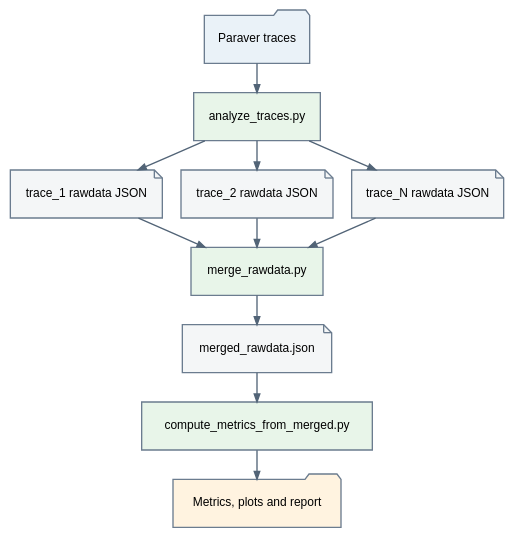
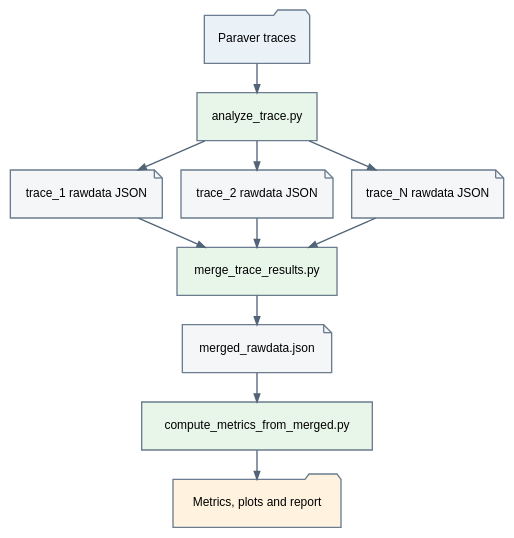
The diagram in doc/source/graphs/04_basic_analysis_workflow.dot (bsc-performance-tools/basicanalysis), drawn with Graphviz before and after one commit. The commit also changed 3 other files, not shown here.

```diff
--- a/doc/source/graphs/04_basic_analysis_workflow.dot
+++ b/doc/source/graphs/04_basic_analysis_workflow.dot
@@ -1,92 +1,92 @@
    digraph BasicAnalysisWorkflow {
        rankdir=TB;
 
       graph [
          bgcolor="transparent",
          nodesep=0.20,
          ranksep=0.30
       ];
 
       node [
          fontname="Helvetica",
          fontsize=9,
          margin="0.10,0.06",
          style="filled",
          color="#6B7C8F",
          penwidth=1.0
       ];
 
       edge [
          color="#526477",
          penwidth=1.0,
          arrowsize=0.6
       ];
 
        traces [
            label="Paraver traces",
            shape=folder,
            fillcolor="#EAF2F8"
        ];
 
        analyze [
-           label="analyze_traces.py",
+           label="analyze_trace.py",
            shape=box,
            fillcolor="#E8F5E9"
        ];
 
       raw1 [
          label="trace_1 rawdata JSON",
          shape=note,
          fillcolor="#F4F6F7"
       ];
 
       raw2 [
          label="trace_2 rawdata JSON",
          shape=note,
          fillcolor="#F4F6F7"
       ];
 
       rawn [
          label="trace_N rawdata JSON",
          shape=note,
          fillcolor="#F4F6F7"
       ];
 
        merge [
-           label="merge_rawdata.py",
+           label="merge_trace_results.py",
            shape=box,
            fillcolor="#E8F5E9"
        ];
 
        merged [
            label="merged_rawdata.json",
            shape=note,
            fillcolor="#F4F6F7"
        ];
 
        compute [
            label="compute_metrics_from_merged.py",
            shape=box,
            fillcolor="#E8F5E9"
        ];
 
        output [
            label="Metrics, plots and report",
            shape=folder,
            fillcolor="#FFF3E0"
        ];
 
        traces -> analyze;
 
          analyze -> raw1;
          analyze -> raw2;
          analyze -> rawn;
 
          raw1 -> merge;
          raw2 -> merge;
          rawn -> merge;
 
        merge -> merged;
        merged -> compute;
        compute -> output;
    }
```
